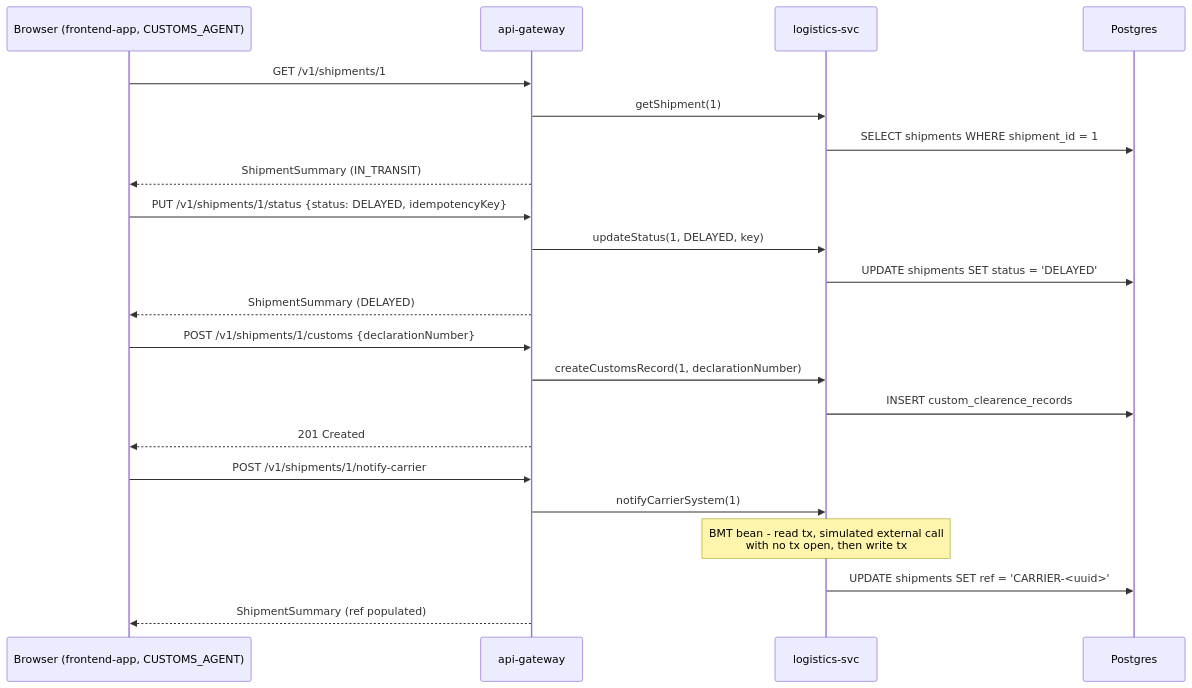
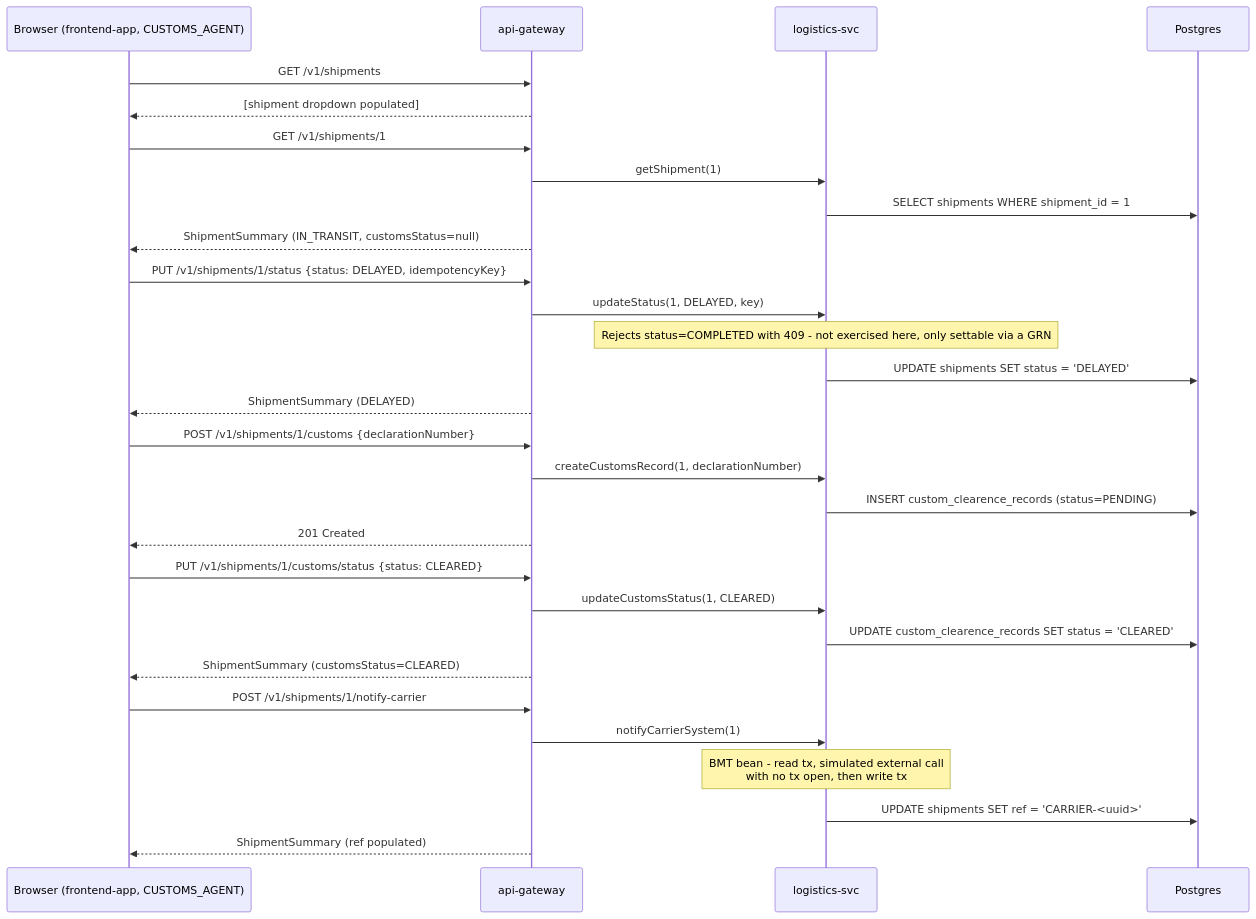
One commit to wishva-kalhara/GlobalTradeLogistics changed diagram 26 of 26 in .no-build/docs/E2E_FLOWS.md. Above: the diagram before and after it, drawn with Mermaid. The commit also changed other lines of this file and 5 other files, not shown here.

````diff
--- a/.no-build/docs/E2E_FLOWS.md
+++ b/.no-build/docs/E2E_FLOWS.md
@@ -367,28 +457,37 @@
 ```mermaid
 sequenceDiagram
     participant Agent as Browser (frontend-app, CUSTOMS_AGENT)
     participant GW as api-gateway
     participant LS as logistics-svc
     participant DB as Postgres
 
+    Agent->>GW: GET /v1/shipments
+    GW-->>Agent: [shipment dropdown populated]
+
     Agent->>GW: GET /v1/shipments/1
     GW->>LS: getShipment(1)
     LS->>DB: SELECT shipments WHERE shipment_id = 1
-    GW-->>Agent: ShipmentSummary (IN_TRANSIT)
+    GW-->>Agent: ShipmentSummary (IN_TRANSIT, customsStatus=null)
 
     Agent->>GW: PUT /v1/shipments/1/status {status: DELAYED, idempotencyKey}
     GW->>LS: updateStatus(1, DELAYED, key)
+    Note over LS: Rejects status=COMPLETED with 409 - not exercised here, only settable via a GRN
     LS->>DB: UPDATE shipments SET status = 'DELAYED'
     GW-->>Agent: ShipmentSummary (DELAYED)
 
     Agent->>GW: POST /v1/shipments/1/customs {declarationNumber}
     GW->>LS: createCustomsRecord(1, declarationNumber)
-    LS->>DB: INSERT custom_clearence_records
+    LS->>DB: INSERT custom_clearence_records (status=PENDING)
     GW-->>Agent: 201 Created
+
+    Agent->>GW: PUT /v1/shipments/1/customs/status {status: CLEARED}
+    GW->>LS: updateCustomsStatus(1, CLEARED)
+    LS->>DB: UPDATE custom_clearence_records SET status = 'CLEARED'
+    GW-->>Agent: ShipmentSummary (customsStatus=CLEARED)
 
     Agent->>GW: POST /v1/shipments/1/notify-carrier
     GW->>LS: notifyCarrierSystem(1)
     Note over LS: BMT bean - read tx, simulated external call<br/>with no tx open, then write tx
     LS->>DB: UPDATE shipments SET ref = 'CARRIER-<uuid>'
     GW-->>Agent: ShipmentSummary (ref populated)
 ```
````
